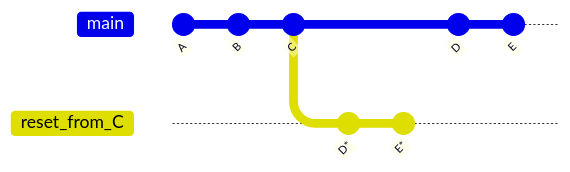
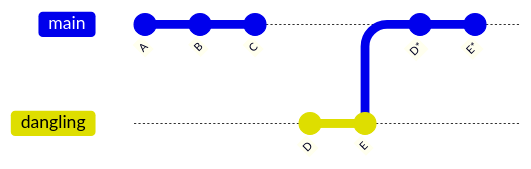
The diagram in reset-revert-checkout/05-reset.md (min-omniai/git-github), drawn with Mermaid before and after one commit.

````diff
--- a/reset-revert-checkout/05-reset.md
+++ b/reset-revert-checkout/05-reset.md
@@ -17,13 +17,15 @@
 ```mermaid
 gitGraph
    commit id:"A"
    commit id:"B"
    commit id:"C"
-   branch reset_from_C
-   checkout reset_from_C
+   commit id:"D"
+   commit id:"E"
+   branch dangling
+   checkout dangling
+   commit id:"D"
+   commit id:"E"
+   checkout main
    commit id:"D*"
    commit id:"E*"
-   checkout main
-   commit id:"D"
-   commit id:"E"
 ```
````
